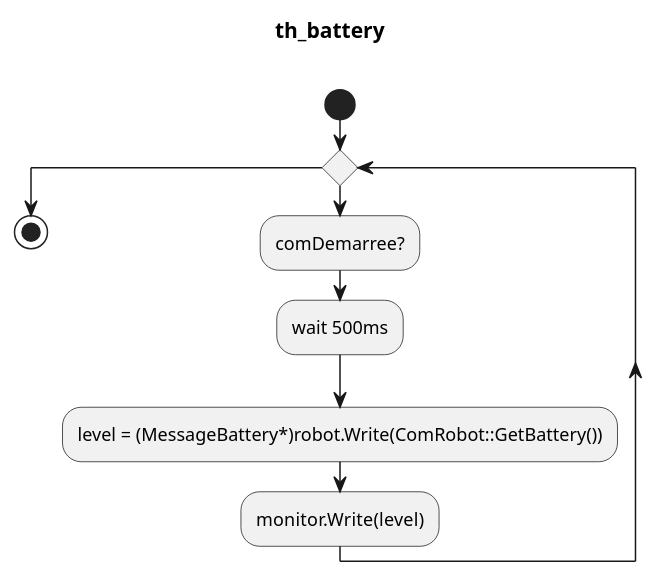
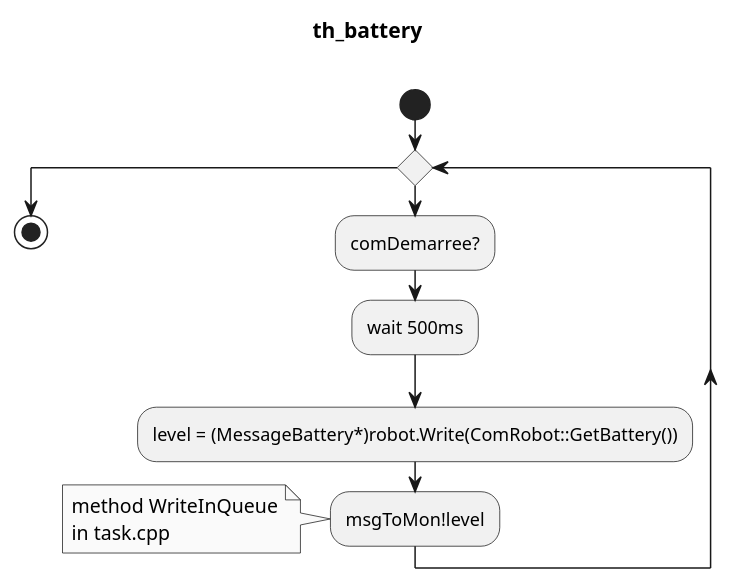
The diagram in diags/th_battery.puml (Bobillot/BE_Temps_Reel), drawn with PlantUML before and after one commit. The commit also changed 8 other files, not shown here.

Commit message:
modified diagrams

```diff
--- a/diags/th_battery.puml
+++ b/diags/th_battery.puml
@@ -1,16 +1,21 @@
 @startuml
 
+skinparam monochrome true
 title th_battery \n
 
 start
 
 while ()
   :comDemarree?;
   :wait 500ms;
   :level = (MessageBattery*)robot.Write(ComRobot::GetBattery());
-  :monitor.Write(level);
+  :msgToMon!level;
+  note 
+    method WriteInQueue
+    in task.cpp
+  endnote
   
 endwhile
 stop
 
 @enduml
```
